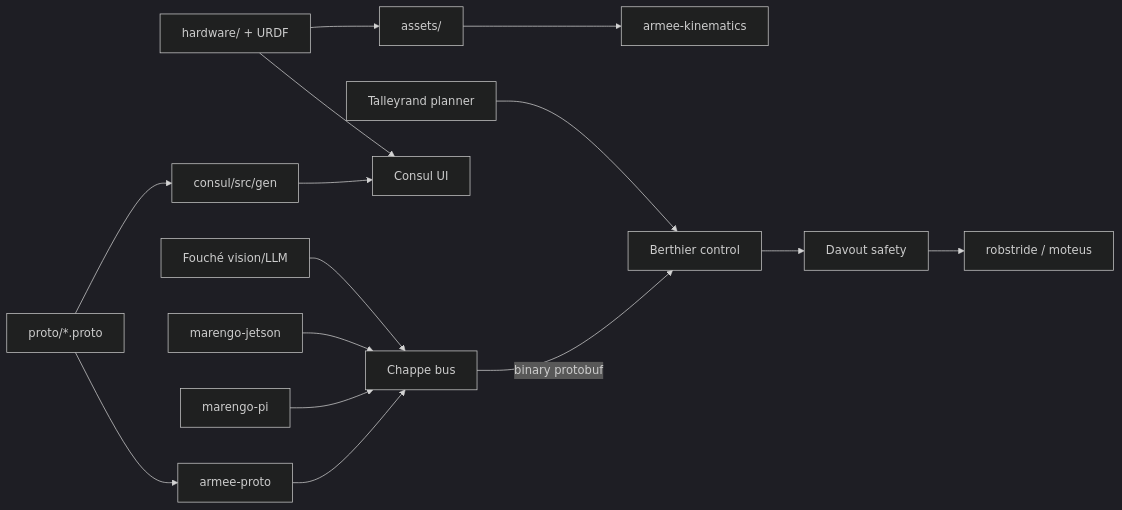
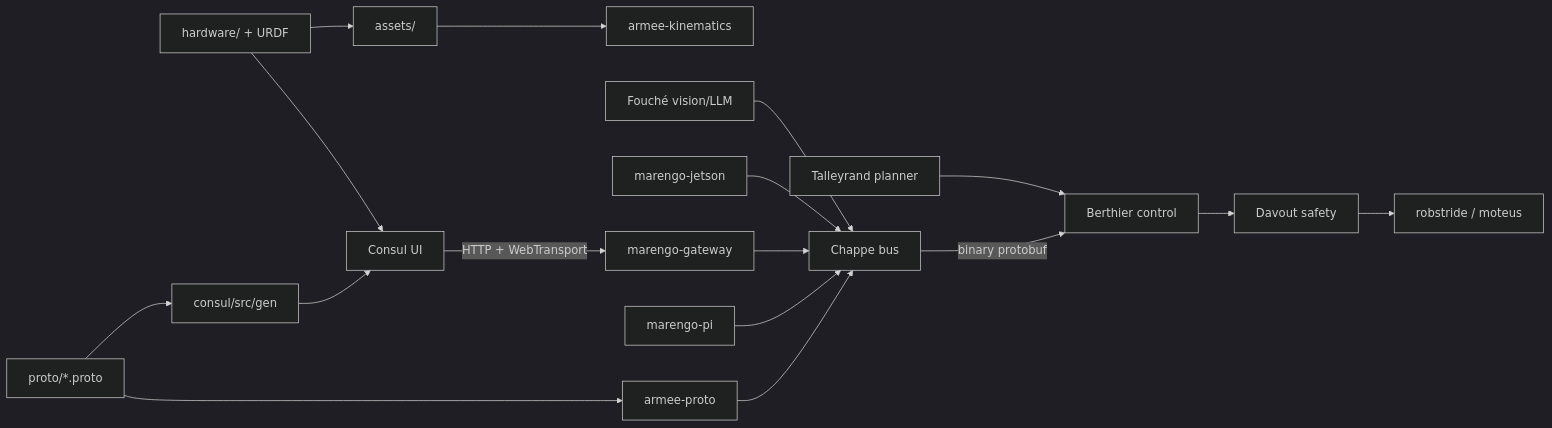
One commit to jaylamping/marengo changed the diagram in docs/architecture.md. Above: the diagram before and after it, drawn with Mermaid (dark theme). The commit also changed 39 other files, not shown here.

First line of the commit message:
Add marengo-gateway for Consul live telemetry over Chappe.

````diff
--- a/docs/architecture.md
+++ b/docs/architecture.md
@@ -9,17 +9,19 @@
 ```mermaid
 flowchart LR
   HW[hardware/ + URDF] --> Assets[assets/]
   Assets --> KIN[armee-kinematics]
   Proto[proto/*.proto] --> AP[armee-proto]
   Proto --> ConsulGen[consul/src/gen]
   AP --> Chappe[Chappe bus]
   ConsulGen --> Consul[Consul UI]
   HW --> Consul
   Pi[marengo-pi] --> Chappe
+  Gateway[marengo-gateway] --> Chappe
+  Consul[Consul UI] -->|HTTP + WebTransport| Gateway
   Jetson[marengo-jetson] --> Chappe
   Chappe -->|"binary protobuf"| Berthier[Berthier control]
   Berthier --> Davout[Davout safety]
   Talleyrand[Talleyrand planner] --> Berthier
   Fouché[Fouché vision/LLM] --> Chappe
   Davout --> Motors[robstride / moteus]
 ```
````
